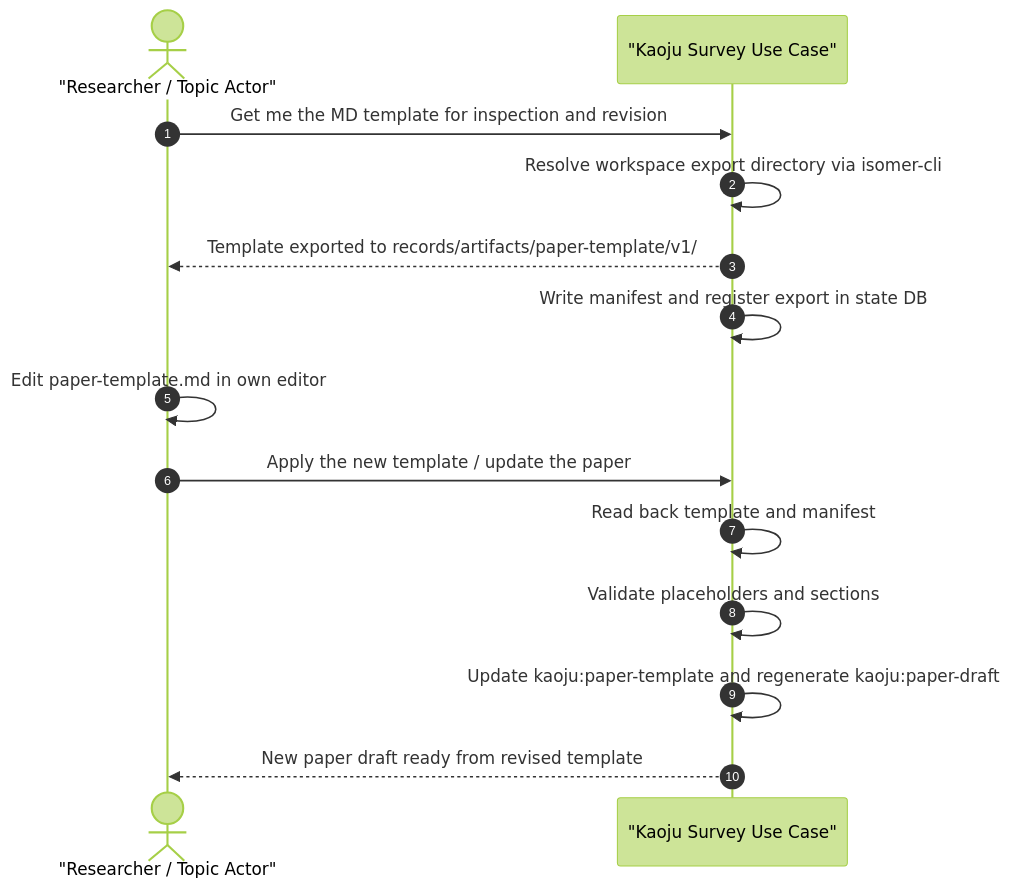
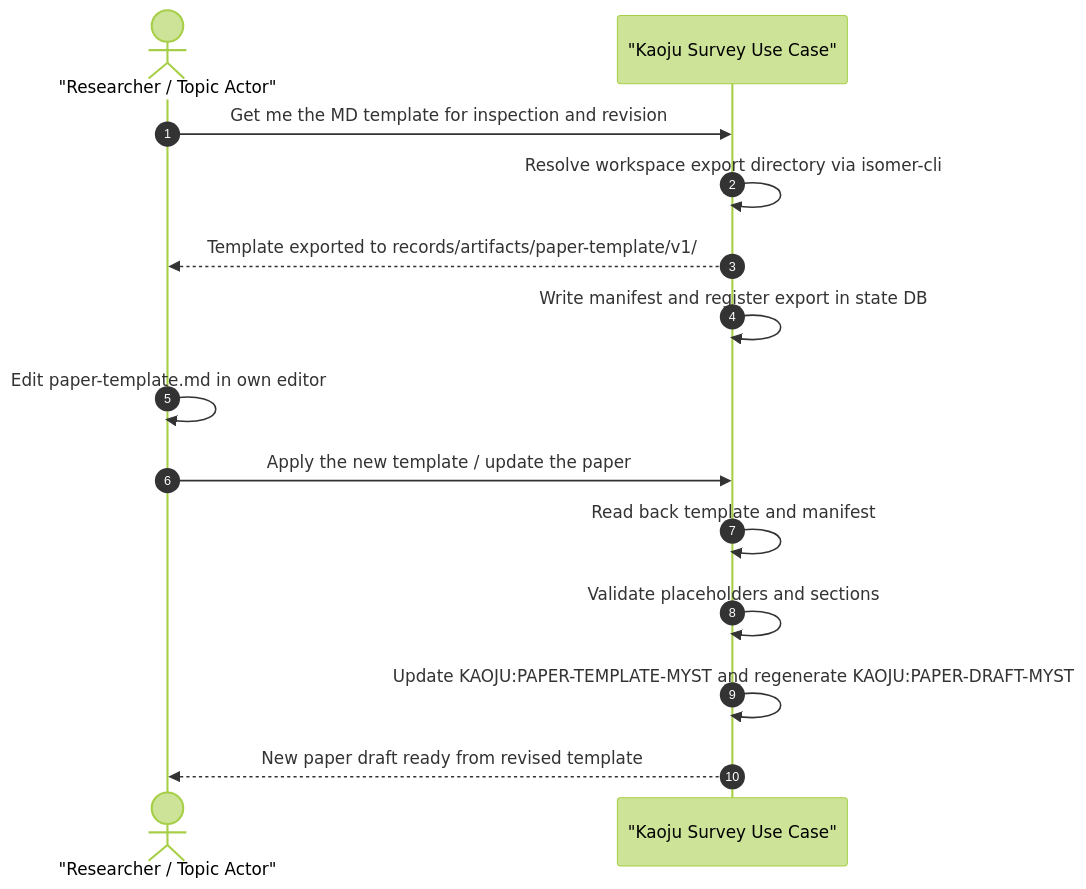
One commit to CodeGandee/isomer-labs changed the second of 2 diagrams in context/features/2026-07-14-kaoju-survey-process-usecases/usecases/uc-05-paper-template-manual-editing-and-apply.md. Above: the diagram before and after it, drawn with Mermaid (forest theme). The commit also changed other lines of this file and 309 other files, not shown here.

````diff
--- a/context/features/2026-07-14-kaoju-survey-process-usecases/usecases/uc-05-paper-template-manual-editing-and-apply.md
+++ b/context/features/2026-07-14-kaoju-survey-process-usecases/usecases/uc-05-paper-template-manual-editing-and-apply.md
@@ -99,17 +99,17 @@
 ```mermaid
 sequenceDiagram
   autonumber
   actor Researcher as "Researcher / Topic Actor"
   participant System as "Kaoju Survey Use Case"
 
   Researcher->>System: Get me the MD template for inspection and revision
   System->>System: Resolve workspace export directory via isomer-cli
   System-->>Researcher: Template exported to records/artifacts/paper-template/v1/
   System->>System: Write manifest and register export in state DB
   Researcher->>Researcher: Edit paper-template.md in own editor
   Researcher->>System: Apply the new template / update the paper
   System->>System: Read back template and manifest
   System->>System: Validate placeholders and sections
-  System->>System: Update kaoju:paper-template and regenerate kaoju:paper-draft
+  System->>System: Update KAOJU:PAPER-TEMPLATE-MYST and regenerate KAOJU:PAPER-DRAFT-MYST
   System-->>Researcher: New paper draft ready from revised template
 ```
````
